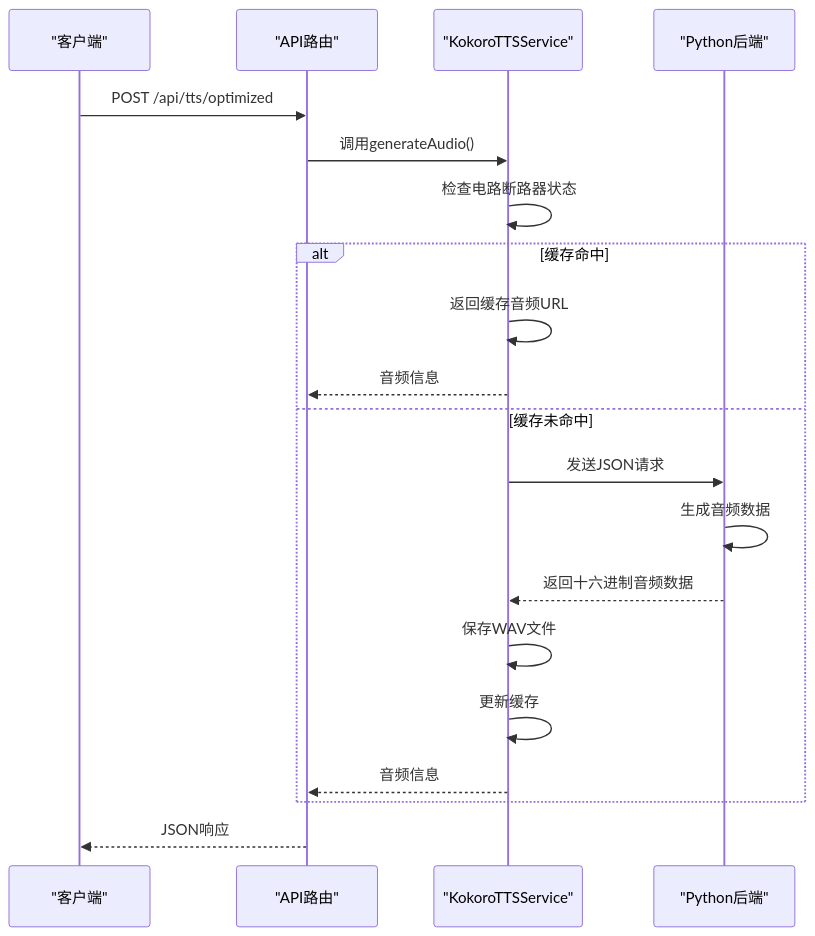
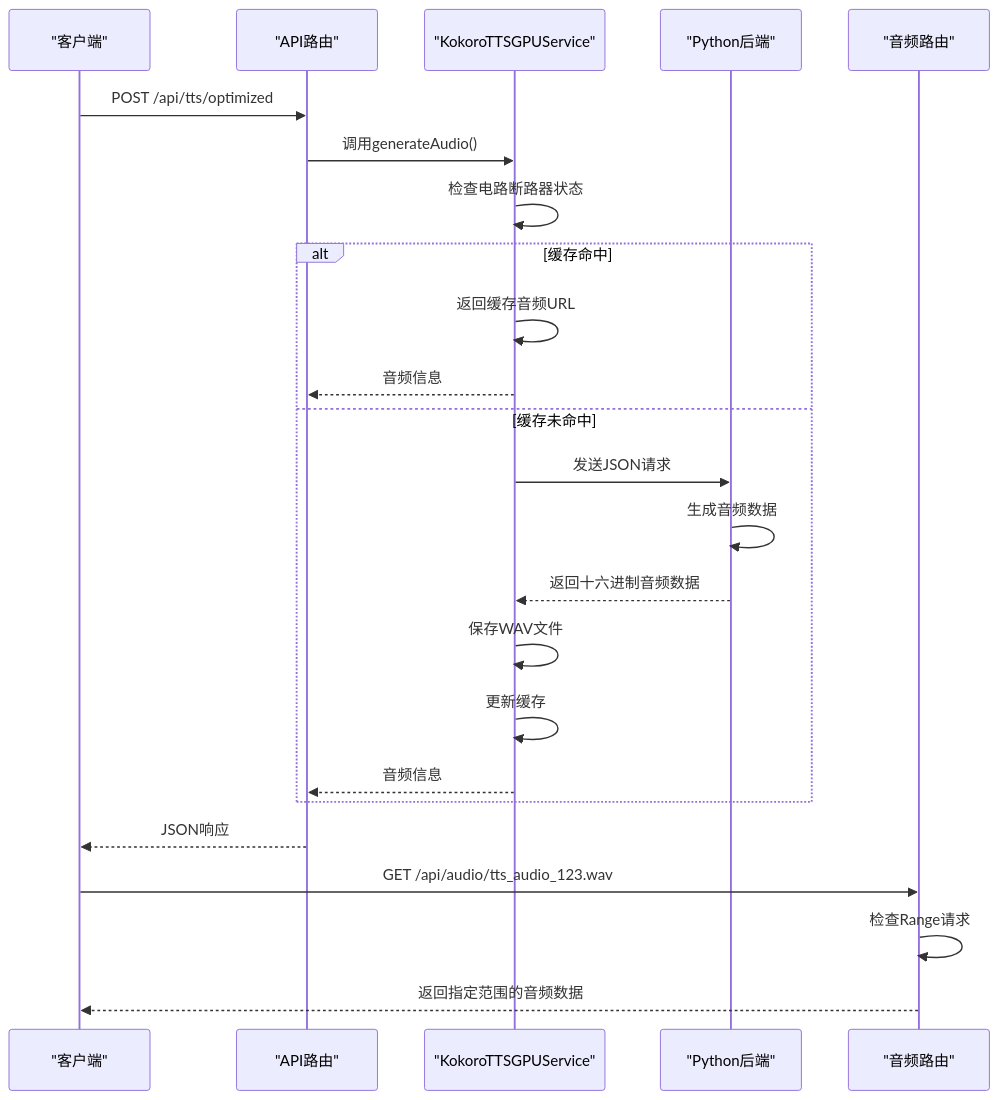
The second of 5 diagrams in .qoder/repowiki/zh/content/后端API接口/语音合成API/语音合成API.md (arthurlee116/english-listening-trainer), drawn with Mermaid before and after one commit. The commit also changed other lines of this file and 58 other files, not shown here.

````diff
--- a/.qoder/repowiki/zh/content/后端API接口/语音合成API/语音合成API.md
+++ b/.qoder/repowiki/zh/content/后端API接口/语音合成API/语音合成API.md
@@ -81,22 +94,26 @@
 ```mermaid
 sequenceDiagram
 participant Client as "客户端"
 participant API as "API路由"
-participant Service as "KokoroTTSService"
+participant Service as "KokoroTTSGPUService"
 participant Python as "Python后端"
+participant AudioRoute as "音频路由"
 Client->>API : POST /api/tts/optimized
 API->>Service : 调用generateAudio()
 Service->>Service : 检查电路断路器状态
 alt 缓存命中
 Service->>Service : 返回缓存音频URL
 Service-->>API : 音频信息
 else 缓存未命中
 Service->>Python : 发送JSON请求
 Python->>Python : 生成音频数据
 Python-->>Service : 返回十六进制音频数据
 Service->>Service : 保存WAV文件
 Service->>Service : 更新缓存
 Service-->>API : 音频信息
 end
 API-->>Client : JSON响应
+Client->>AudioRoute : GET /api/audio/tts_audio_123.wav
+AudioRoute->>AudioRoute : 检查Range请求
+AudioRoute-->>Client : 返回指定范围的音频数据
 ```
````
